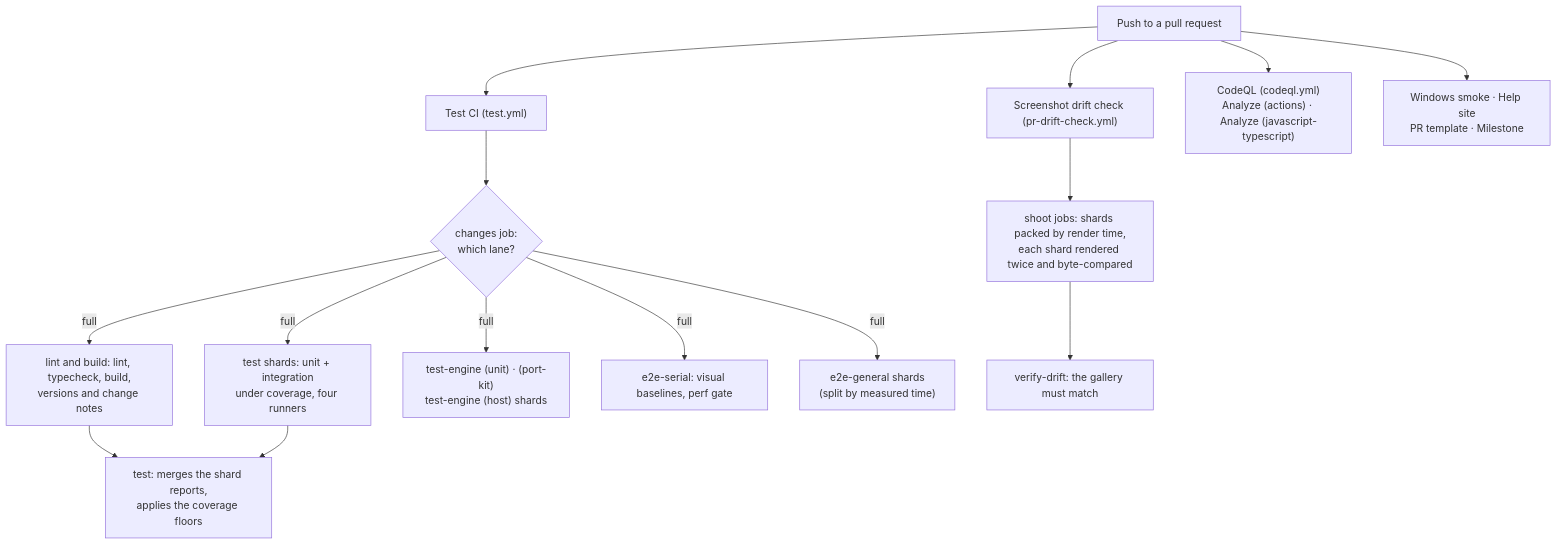
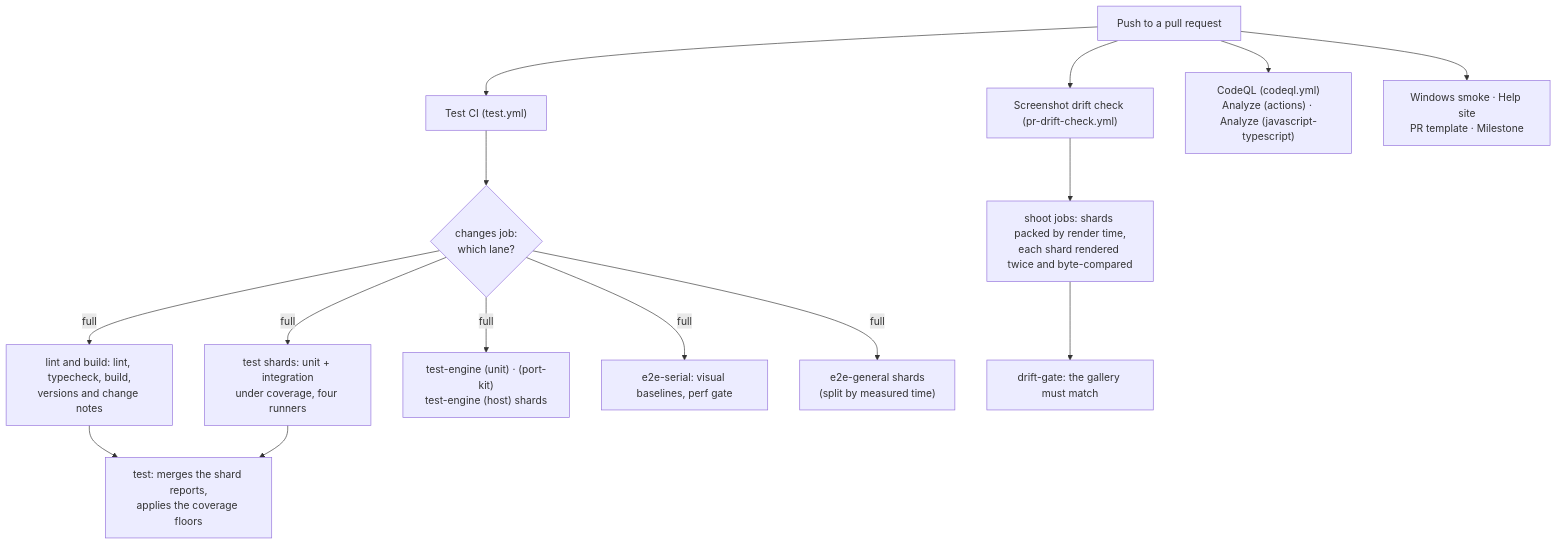
The first of 2 diagrams in docs/ci/pipeline.md (maniator/verticopolis), drawn with Mermaid before and after one commit. The commit also changed other lines of this file and 1 other file, not shown here.

First line of the commit message:
Compare the screenshot gallery inside drift-gate

````diff
--- a/docs/ci/pipeline.md
+++ b/docs/ci/pipeline.md
@@ -10,18 +10,18 @@
 ```mermaid
 flowchart TD
     PR["Push to a pull request"] --> Test["Test CI (test.yml)"]
     PR --> Drift["Screenshot drift check (pr-drift-check.yml)"]
     PR --> CodeQL["CodeQL (codeql.yml)<br/>Analyze (actions) · Analyze (javascript-typescript)"]
     PR --> Other["Windows smoke · Help site<br/>PR template · Milestone"]
 
     Test --> Lane{"changes job:<br/>which lane?"}
     Lane -->|full| Lint["lint and build: lint, typecheck, build,<br/>versions and change notes"]
     Lane -->|full| Shards["test shards: unit + integration<br/>under coverage, four runners"]
     Lint --> Fast["test: merges the shard reports,<br/>applies the coverage floors"]
     Shards --> Fast
     Lane -->|full| EngineLegs["test-engine (unit) · (port-kit)<br/>test-engine (host) shards"]
     Lane -->|full| E2E["e2e-serial: visual baselines, perf gate"]
     Lane -->|full| E2EG["e2e-general shards<br/>(split by measured time)"]
     Drift --> Shoot["shoot jobs: shards packed by render time,<br/>each shard rendered twice and byte-compared"]
-    Shoot --> Verify["verify-drift: the gallery must match"]
+    Shoot --> Verify["drift-gate: the gallery must match"]
 ```
````
